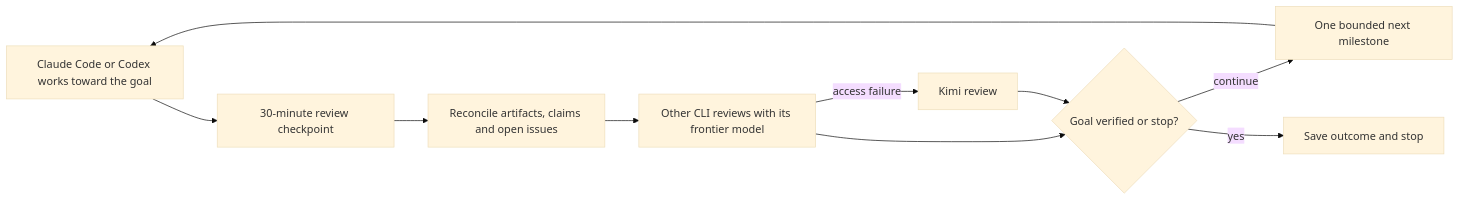
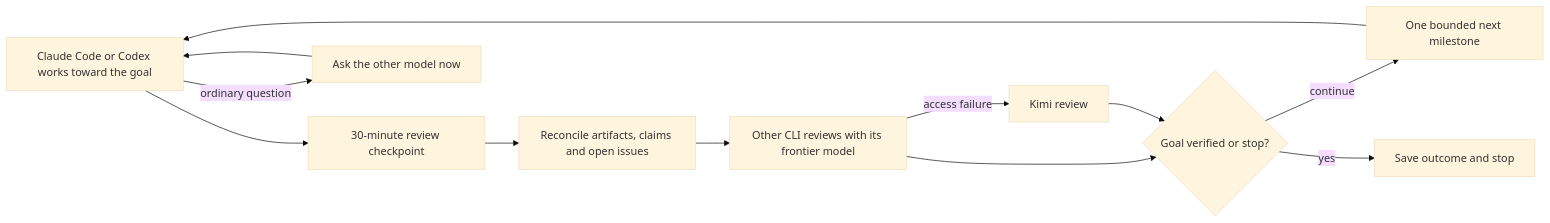
The diagram in README.md (wyim-pgl/ccloop), drawn with Mermaid (base theme) before and after one commit. The commit also changed other lines of this file and 8 other files, not shown here.

````diff
--- a/README.md
+++ b/README.md
@@ -24,12 +25,14 @@
 ```mermaid
 flowchart LR
     D[Claude Code or Codex works toward the goal] --> H[30-minute review checkpoint]
+    D -->|ordinary question| Q[Ask the other model now]
+    Q --> D
     H --> R[Reconcile artifacts, claims and open issues]
     R --> V[Other CLI reviews with its frontier model]
     V --> S{Goal verified or stop?}
     V -->|access failure| K[Kimi review]
     K --> S
     S -->|continue| P[One bounded next milestone]
     P --> D
     S -->|yes| F[Save outcome and stop]
 ```
````
